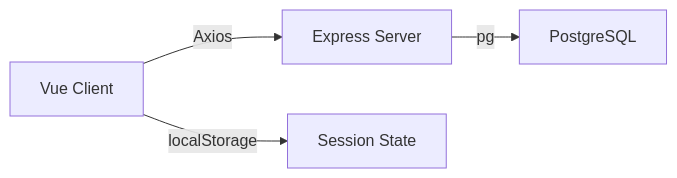
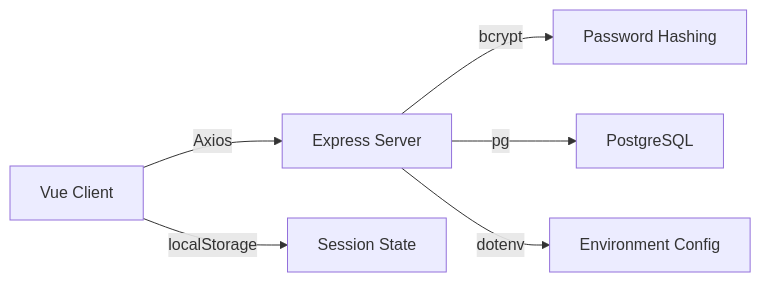
The eighth of 8 diagrams in .qoder/repowiki/en/content/Backend API Server/Authentication & Authorization.md (xinyo/startora), drawn with Mermaid before and after one commit. The commit also changed other lines of this file and 19 other files, not shown here.

````diff
--- a/.qoder/repowiki/en/content/Backend API Server/Authentication & Authorization.md
+++ b/.qoder/repowiki/en/content/Backend API Server/Authentication & Authorization.md
@@ -326,6 +312,8 @@
 ```mermaid
 graph LR
 Client["Vue Client"] -- "Axios" --> Server["Express Server"]
+Server -- "bcrypt" --> Hashing["Password Hashing"]
 Server -- "pg" --> DB["PostgreSQL"]
+Server -- "dotenv" --> Env["Environment Config"]
 Client -- "localStorage" --> Session["Session State"]
 ```
````
